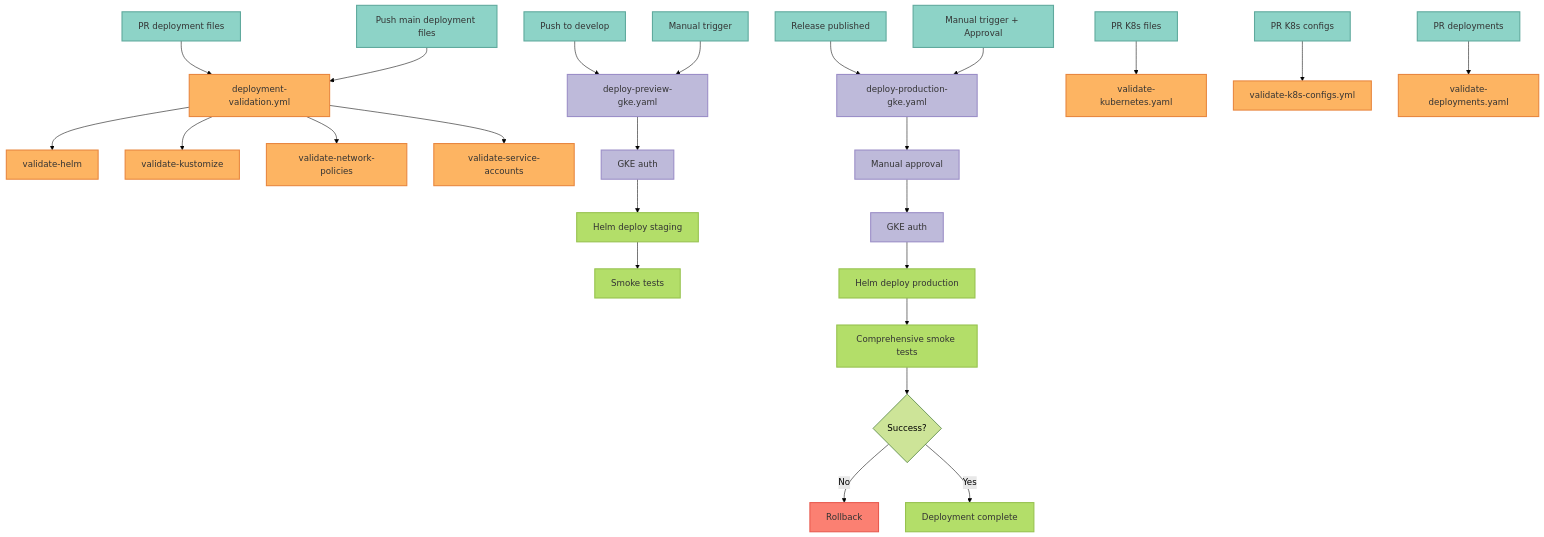
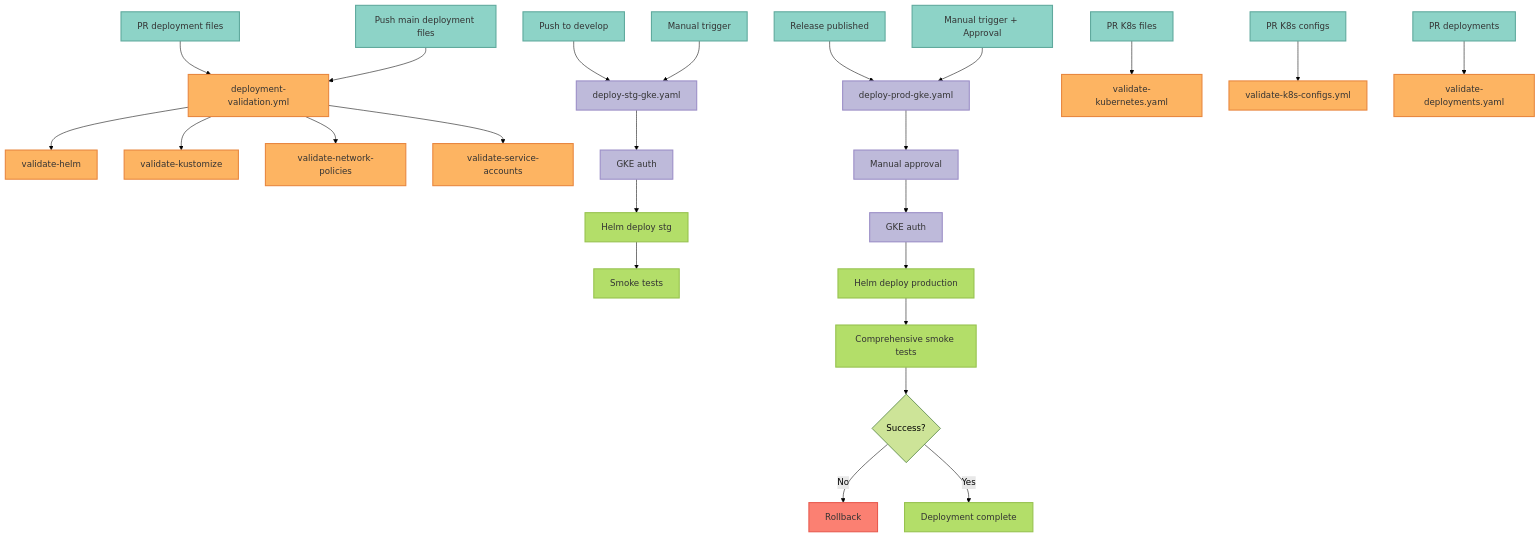
The fourth of 12 diagrams in docs/development/workflow-diagram.mdx (vishnu2kmohan/mcp-server-langgraph), drawn with Mermaid (forest theme) before and after one commit. The commit also changed other lines of this file and 500 other files, not shown here.

First line of the commit message:
refactor(infra): standardize environment naming to dev/stg/prod

````diff
--- a/docs/development/workflow-diagram.mdx
+++ b/docs/development/workflow-diagram.mdx
@@ -161,50 +161,50 @@
 ```mermaid
 %% ColorBrewer2 Set3 palette - each component type uniquely colored
 flowchart TD
     %% Deployment Validation
     PRDeploy[PR deployment files] --> DV[deployment-validation.yml]
     PushDeploy[Push main deployment files] --> DV
 
     DV --> VH[validate-helm]
     DV --> VK[validate-kustomize]
     DV --> VNP[validate-network-policies]
     DV --> VSA[validate-service-accounts]
 
-    %% Staging Deployment
-    PushDev[Push to develop] --> DSG[deploy-preview-gke.yaml]
+    %% STG Deployment
+    PushDev[Push to develop] --> DSG[deploy-stg-gke.yaml]
     ManualS[Manual trigger] --> DSG
 
     DSG --> AuthS[GKE auth]
-    AuthS --> HelmS[Helm deploy staging]
+    AuthS --> HelmS[Helm deploy stg]
     HelmS --> SmokeS[Smoke tests]
 
     %% Production Deployment
-    Release[Release published] --> DPG[deploy-production-gke.yaml]
+    Release[Release published] --> DPG[deploy-prod-gke.yaml]
     ManualP[Manual trigger + Approval] --> DPG
 
     DPG --> Approve[Manual approval]
     Approve --> AuthP[GKE auth]
     AuthP --> HelmP[Helm deploy production]
     HelmP --> SmokeP[Comprehensive smoke tests]
     SmokeP --> Rollback{Success?}
     Rollback -->|No| RB[Rollback]
     Rollback -->|Yes| Done[Deployment complete]
 
     %% Other Validators
     PRK8s[PR K8s files] --> VK8s[validate-kubernetes.yaml]
     PRK8sC[PR K8s configs] --> VK8sC[validate-k8s-configs.yml]
     PRAll[PR deployments] --> VD[validate-deployments.yaml]
 
     %% ColorBrewer Set3 Styling
     classDef clientStyle fill:#8dd3c7,stroke:#5fa99d,stroke-width:2px,color:#333
     classDef validationStyle fill:#fdb462,stroke:#e8873f,stroke-width:2px,color:#333
     classDef serviceStyle fill:#bebada,stroke:#9b8ec7,stroke-width:2px,color:#333
     classDef successStyle fill:#b3de69,stroke:#97c24f,stroke-width:2px,color:#333
     classDef errorStyle fill:#fb8072,stroke:#e85a4f,stroke-width:2px,color:#333
 
     class PRDeploy,PushDeploy,PushDev,ManualS,Release,ManualP,PRK8s,PRK8sC,PRAll clientStyle
     class DV,VH,VK,VNP,VSA,VK8s,VK8sC,VD validationStyle
     class DSG,DPG,AuthS,AuthP,Approve serviceStyle
     class HelmS,SmokeS,HelmP,SmokeP,Done successStyle
     class RB errorStyle
 ```
````
